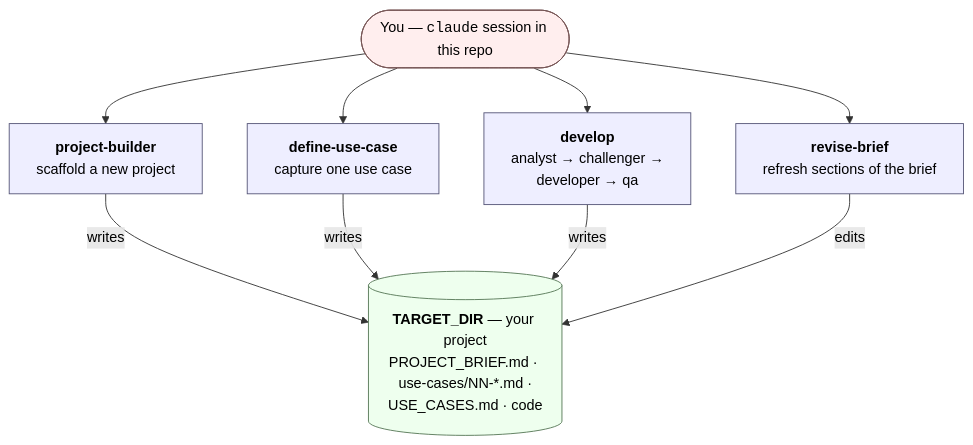
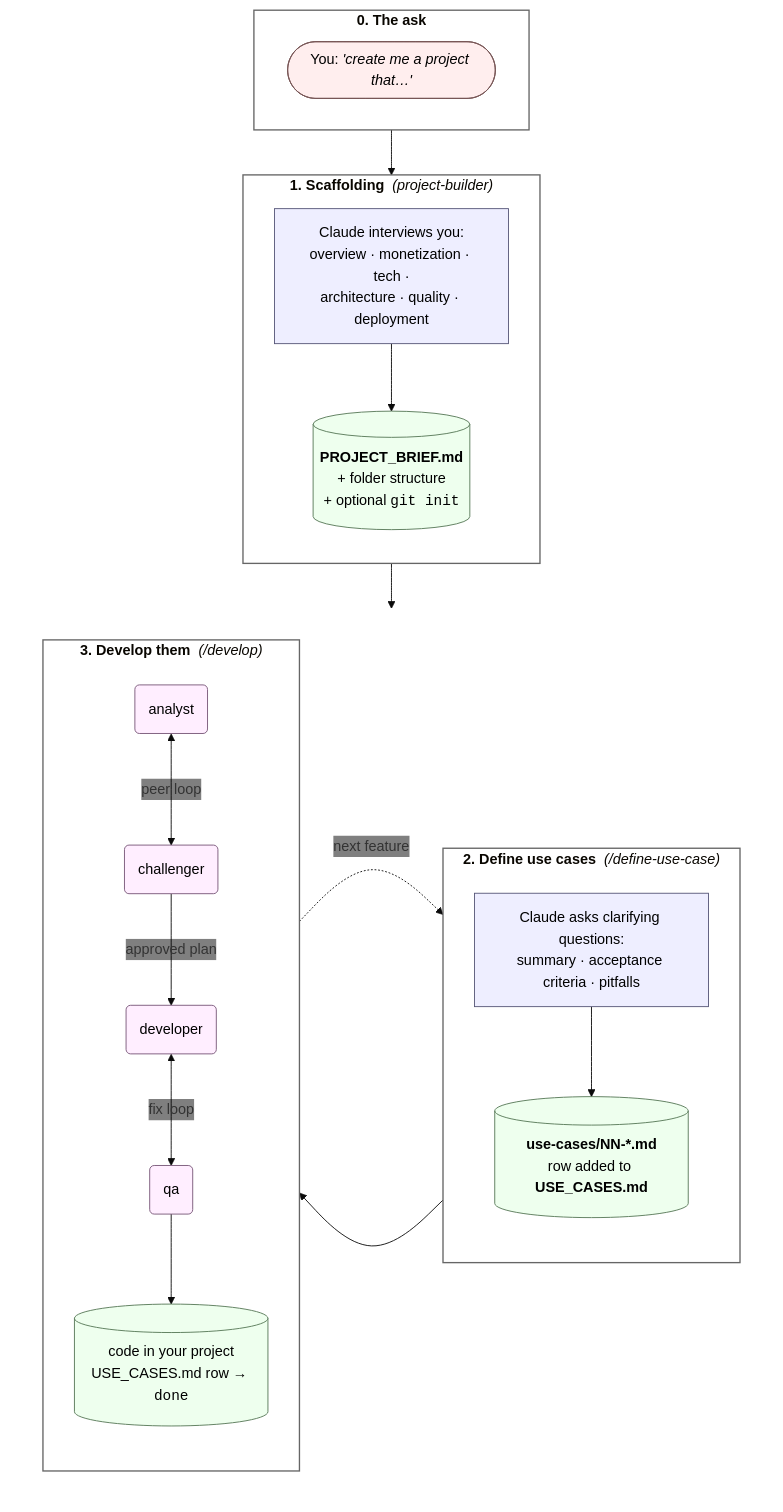
Before and after one commit to HaroldHormaechea/project-builder: the diagram in README.md, drawn with Mermaid. The commit also changed other lines of this file, not shown here.

Commit message:
Improve readme graph

````diff
--- a/README.md
+++ b/README.md
@@ -18,23 +18,54 @@
 ```mermaid
-flowchart TD
-    user(["You — <code>claude</code> session in this repo"])
+%%{init: {'theme':'base', 'themeVariables': {'background':'#f4f4f4','edgeLabelBackground':'transparent'}}}%%
+flowchart TB
 
-    user --> pb["<b>project-builder</b><br/>scaffold a new project"]
-    user --> uc["<b>define-use-case</b><br/>capture one use case"]
-    user --> dev["<b>develop</b><br/>analyst → challenger →<br/>developer → qa"]
-    user --> rb["<b>revise-brief</b><br/>refresh sections of the brief"]
+    subgraph p0 ["<b>0. The ask</b>"]
+      user(["You: <i>'create me a project that…'</i>"])
+    end
 
-    pb -->|writes| td
-    uc -->|writes| td
-    dev -->|writes| td
-    rb -->|edits| td
+    p0 --> p1
 
-    td[("<b>TARGET_DIR</b> — your project<br/>PROJECT_BRIEF.md · use-cases/NN-*.md ·<br/>USE_CASES.md · code")]
+    subgraph p1 ["<b>1. Scaffolding</b> &nbsp;<i>(project-builder)</i>"]
+      direction TB
+      interview1["Claude interviews you:<br/>overview · monetization · tech ·<br/>architecture · quality · deployment"]
+      interview1 --> brief[("<b>PROJECT_BRIEF.md</b><br/>+ folder structure<br/>+ optional <code>git init</code>")]
+    end
 
-    classDef entry fill:#eef,stroke:#557,stroke-width:1px,color:#000;
-    classDef target fill:#efe,stroke:#575,stroke-width:1px,color:#000;
-    classDef root fill:#fee,stroke:#755,stroke-width:1px,color:#000;
-    class user root;
-    class pb,uc,dev,rb entry;
-    class td target;
+    p1 --> p2
+
+    subgraph build_loop [" "]
+      direction LR
+
+      subgraph p2 ["<b>2. Define use cases</b> &nbsp;<i>(/define-use-case)</i>"]
+        direction TB
+        interview2["Claude asks clarifying questions:<br/>summary · acceptance criteria · pitfalls"]
+        interview2 --> ucfile[("<b>use-cases/NN-*.md</b><br/>row added to <b>USE_CASES.md</b>")]
+      end
+
+      subgraph p3 ["<b>3. Develop them</b> &nbsp;<i>(/develop)</i>"]
+        direction TB
+        analyst(analyst) <-->|peer loop| challenger(challenger)
+        challenger -->|approved plan| developer(developer)
+        developer <-->|fix loop| qa(qa)
+        qa --> code[("code in your project<br/>USE_CASES.md row → <code>done</code>")]
+      end
+
+      p2 --> p3
+      p3 -.->|next feature| p2
+    end
+
+    classDef start fill:#fee,stroke:#755,stroke-width:1px,color:#000;
+    classDef step fill:#eef,stroke:#557,stroke-width:1px,color:#000;
+    classDef artifact fill:#efe,stroke:#575,stroke-width:1px,color:#000;
+    classDef agent fill:#fef,stroke:#757,stroke-width:1px,color:#000;
+    class user start;
+    class interview1,interview2 step;
+    class brief,ucfile,code artifact;
+    class analyst,challenger,developer,qa agent;
+
+    style p0 fill:#ffffff,stroke:#666,stroke-width:1.5px;
+    style p1 fill:#ffffff,stroke:#666,stroke-width:1.5px;
+    style p2 fill:#ffffff,stroke:#666,stroke-width:1.5px;
+    style p3 fill:#ffffff,stroke:#666,stroke-width:1.5px;
+    style build_loop fill:none,stroke:none;
 ```
````
